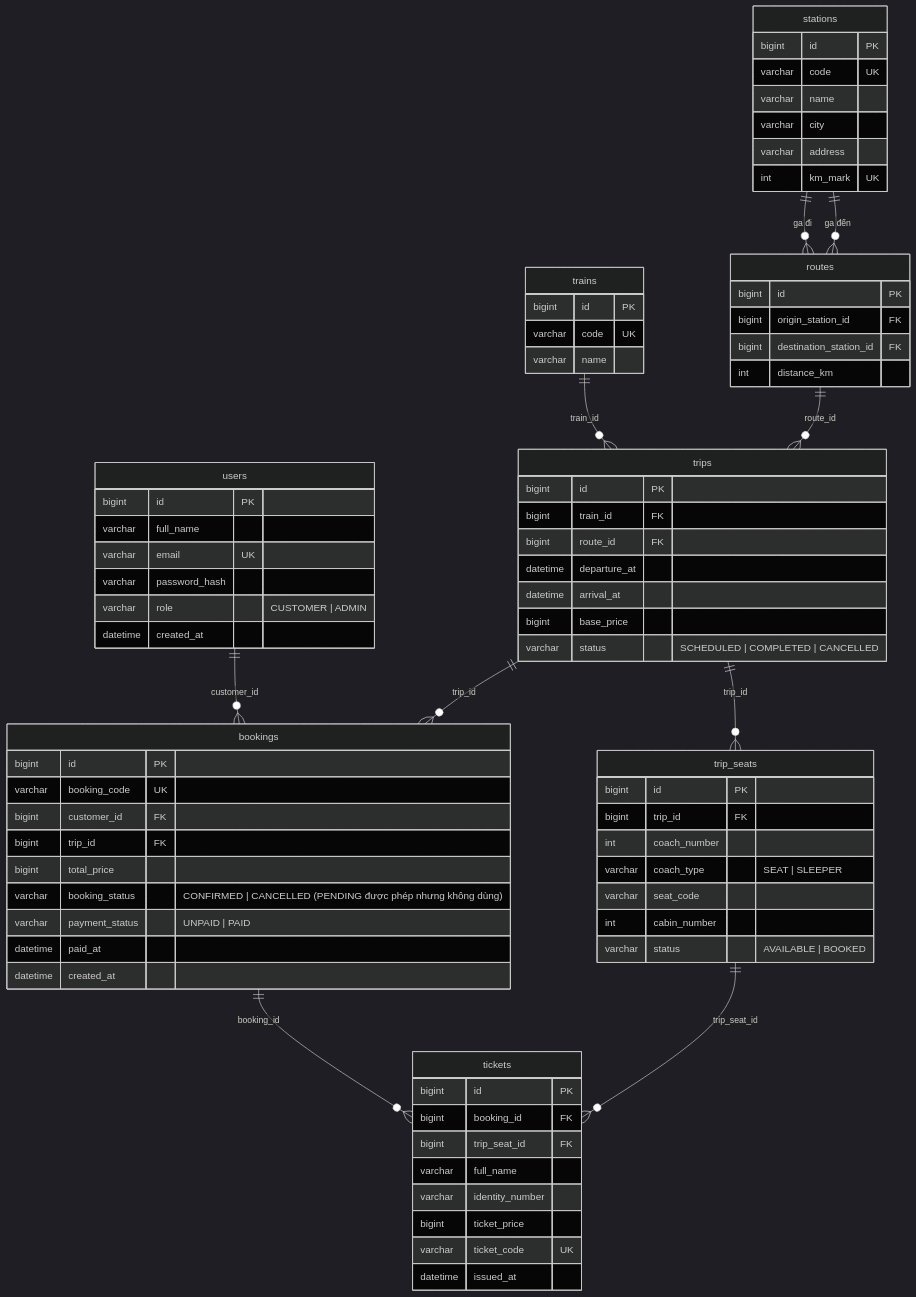
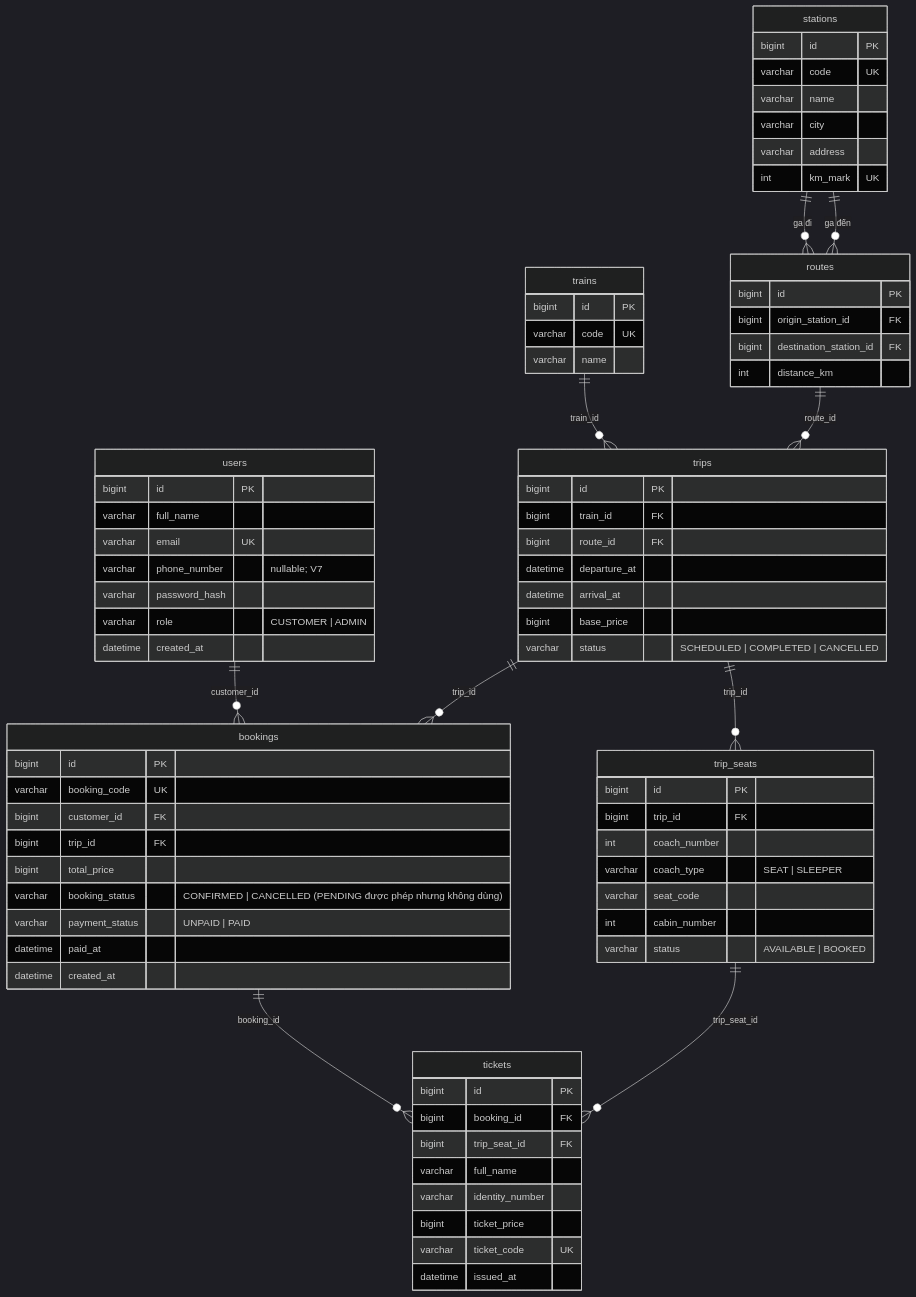
The diagram in docs/reports/erd-hien-tai.md (Train-go/train-go), drawn with Mermaid (dark theme) before and after one commit. The commit also changed other lines of this file and 12 other files, not shown here.

````diff
--- a/docs/reports/erd-hien-tai.md
+++ b/docs/reports/erd-hien-tai.md
@@ -27,79 +27,80 @@
 ```mermaid
 erDiagram
     stations {
         bigint id PK
         varchar code UK
         varchar name
         varchar city
         varchar address
         int km_mark UK
     }
     routes {
         bigint id PK
         bigint origin_station_id FK
         bigint destination_station_id FK
         int distance_km
     }
     trains {
         bigint id PK
         varchar code UK
         varchar name
     }
     trips {
         bigint id PK
         bigint train_id FK
         bigint route_id FK
         datetime departure_at
         datetime arrival_at
         bigint base_price
         varchar status "SCHEDULED | COMPLETED | CANCELLED"
     }
     trip_seats {
         bigint id PK
         bigint trip_id FK
         int coach_number
         varchar coach_type "SEAT | SLEEPER"
         varchar seat_code
         int cabin_number
         varchar status "AVAILABLE | BOOKED"
     }
     users {
         bigint id PK
         varchar full_name
         varchar email UK
+        varchar phone_number "nullable; V7"
         varchar password_hash
         varchar role "CUSTOMER | ADMIN"
         datetime created_at
     }
     bookings {
         bigint id PK
         varchar booking_code UK
         bigint customer_id FK
         bigint trip_id FK
         bigint total_price
         varchar booking_status "CONFIRMED | CANCELLED (PENDING được phép nhưng không dùng)"
         varchar payment_status "UNPAID | PAID"
         datetime paid_at
         datetime created_at
     }
     tickets {
         bigint id PK
         bigint booking_id FK
         bigint trip_seat_id FK
         varchar full_name
         varchar identity_number
         bigint ticket_price
         varchar ticket_code UK
         datetime issued_at
     }
 
     stations ||--o{ routes : "ga đi"
     stations ||--o{ routes : "ga đến"
     trains ||--o{ trips : "train_id"
     routes ||--o{ trips : "route_id"
     trips ||--o{ trip_seats : "trip_id"
     users ||--o{ bookings : "customer_id"
     trips ||--o{ bookings : "trip_id"
     bookings ||--o{ tickets : "booking_id"
     trip_seats ||--o{ tickets : "trip_seat_id"
 ```
````
